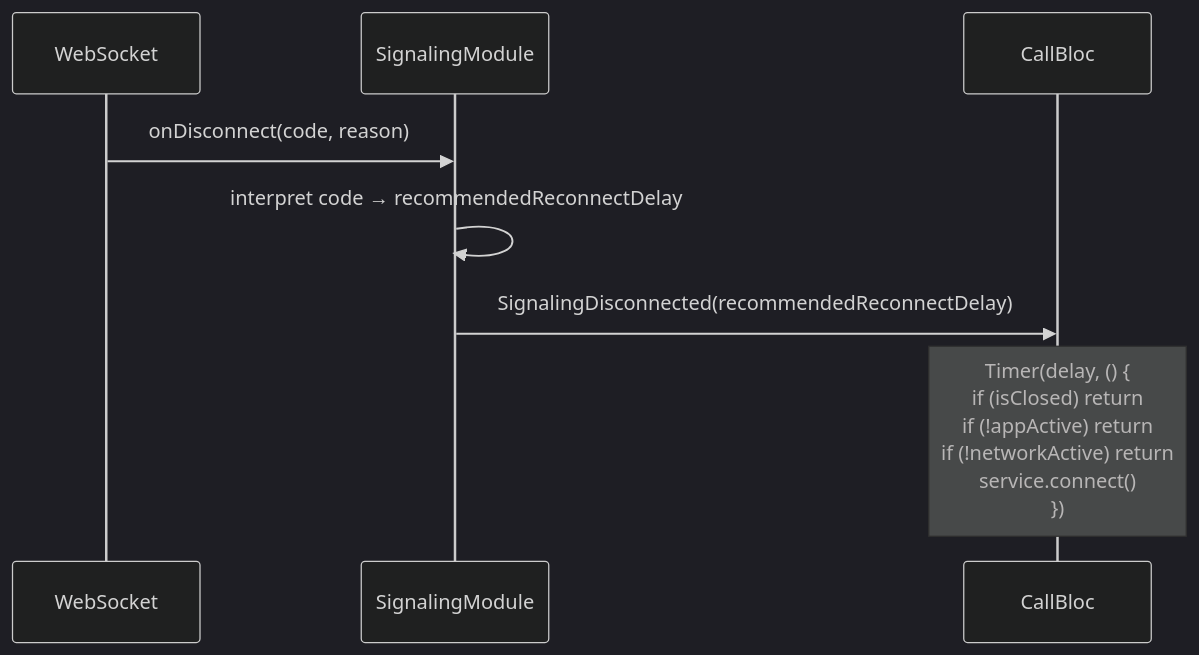
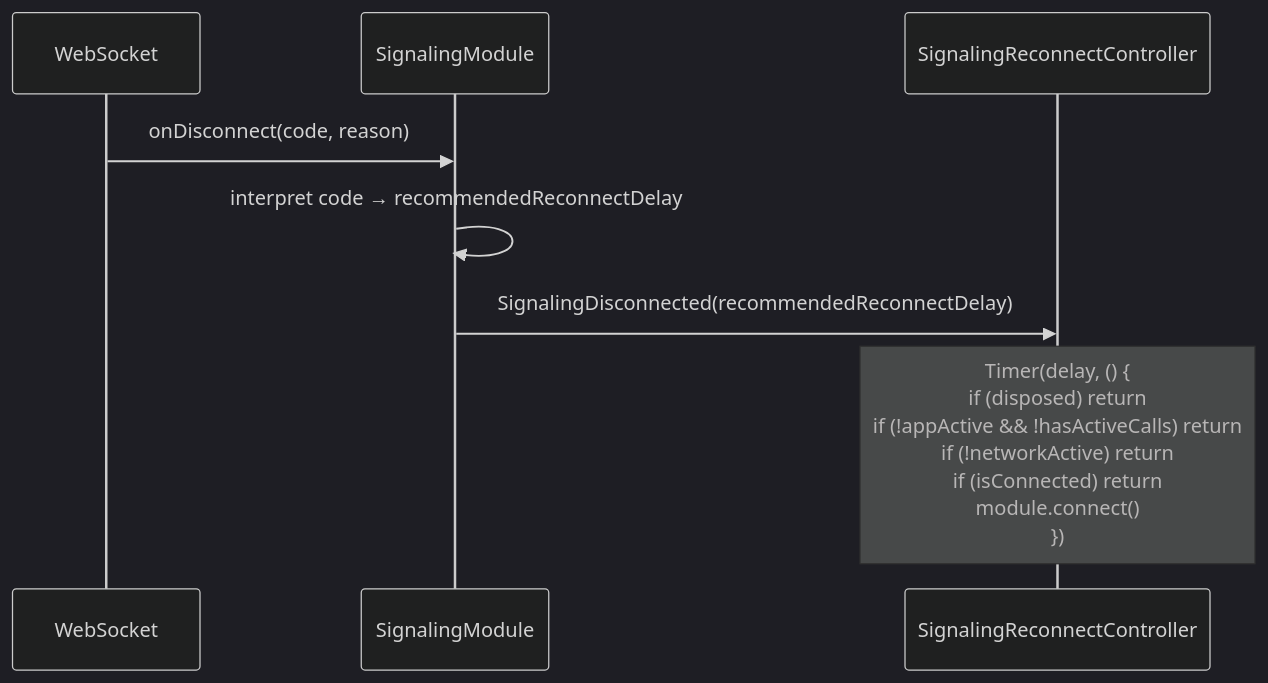
Before and after one commit to portaone/porta-phone-mobile-app: the seventh of 7 diagrams in phone/packages/signaling_service/ARCHITECTURE.md, drawn with Mermaid (dark theme). The commit also changed other lines of this file and 75 other files, not shown here.

````diff
--- a/phone/packages/signaling_service/ARCHITECTURE.md
+++ b/phone/packages/signaling_service/ARCHITECTURE.md
@@ -231,10 +236,10 @@
 ```mermaid
 sequenceDiagram
     participant WS as WebSocket
     participant SM as SignalingModule
-    participant CB as CallBloc
+    participant RC as SignalingReconnectController
     WS ->> SM: onDisconnect(code, reason)
     SM ->> SM: interpret code → recommendedReconnectDelay
-    SM ->> CB: SignalingDisconnected(recommendedReconnectDelay)
-    Note over CB: Timer(delay, () {<br/> if (isClosed) return<br/> if (!appActive) return<br/> if (!networkActive) return<br/> service.connect()<br/>})
+    SM ->> RC: SignalingDisconnected(recommendedReconnectDelay)
+    Note over RC: Timer(delay, () {<br/> if (disposed) return<br/> if (!appActive && !hasActiveCalls) return<br/> if (!networkActive) return<br/> if (isConnected) return<br/> module.connect()<br/>})
 ```
````
